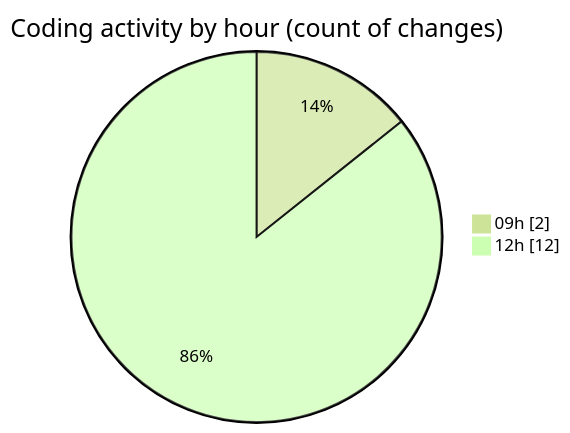
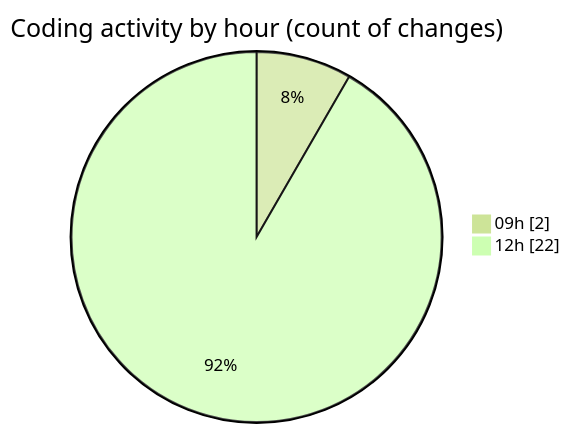
One commit to momahboobian/code-tracking changed the second of 2 diagrams in 2025-11-06/cda/README.md. Above: the diagram before and after it, drawn with Mermaid (forest theme). The commit also changed other lines of this file and 1 other file, not shown here.

````diff
--- a/2025-11-06/cda/README.md
+++ b/2025-11-06/cda/README.md
@@ -32,6 +33,6 @@
 ```mermaid
 pie showData
 title Coding activity by hour (count of changes)
 "09h" : 2
-"12h" : 12
+"12h" : 22
 ```
````
